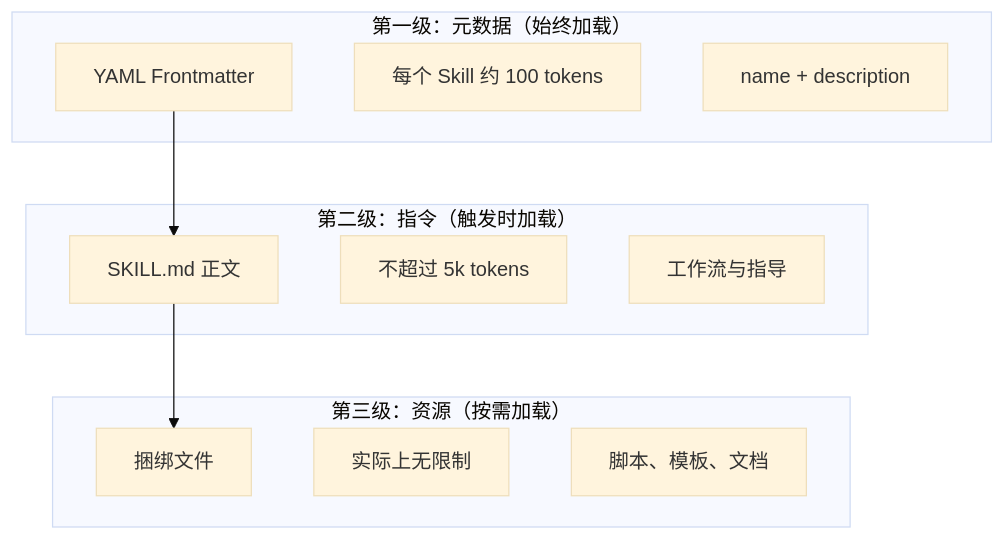
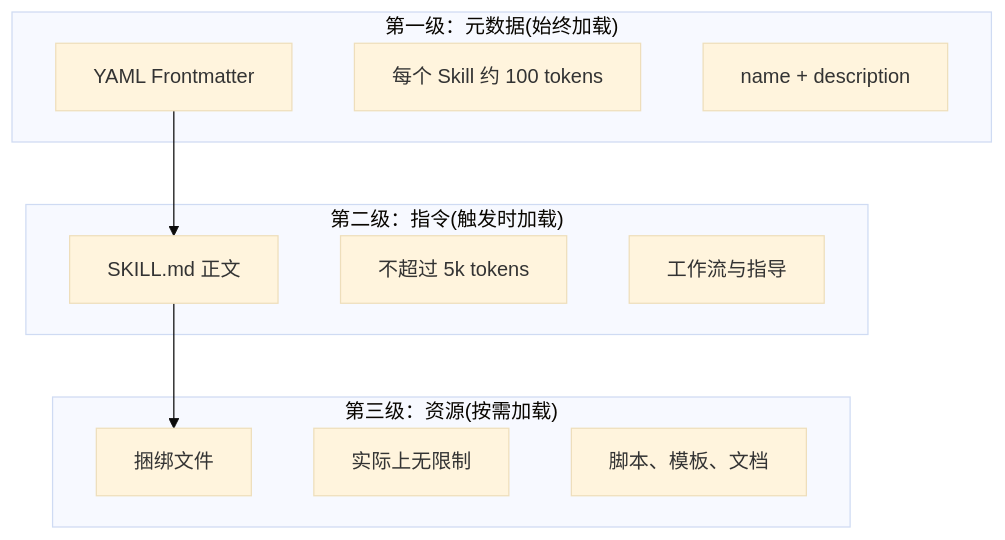
Before and after one commit to Rx782-Fss/claude-howto-zh: the first of 2 diagrams in 03-skills/README.md, drawn with Mermaid (base theme). The commit also changed other lines of this file and 5 other files, not shown here.

Commit message:
fix: Mermaid 内全角括号/问号/emoji/<br/> 改为半角ASCII避免 GitHub 渲染失败

````diff
--- a/03-skills/README.md
+++ b/03-skills/README.md
@@ -32,23 +32,23 @@
 ```mermaid
 graph TB
-    subgraph "第一级：元数据（始终加载）"
+    subgraph "第一级：元数据(始终加载)"
         A["YAML Frontmatter"]
         A1["每个 Skill 约 100 tokens"]
         A2["name + description"]
     end
 
-    subgraph "第二级：指令（触发时加载）"
+    subgraph "第二级：指令(触发时加载)"
         B["SKILL.md 正文"]
         B1["不超过 5k tokens"]
         B2["工作流与指导"]
     end
 
-    subgraph "第三级：资源（按需加载）"
+    subgraph "第三级：资源(按需加载)"
         C["捆绑文件"]
         C1["实际上无限制"]
         C2["脚本、模板、文档"]
     end
 
     A --> B
     B --> C
 ```
````
